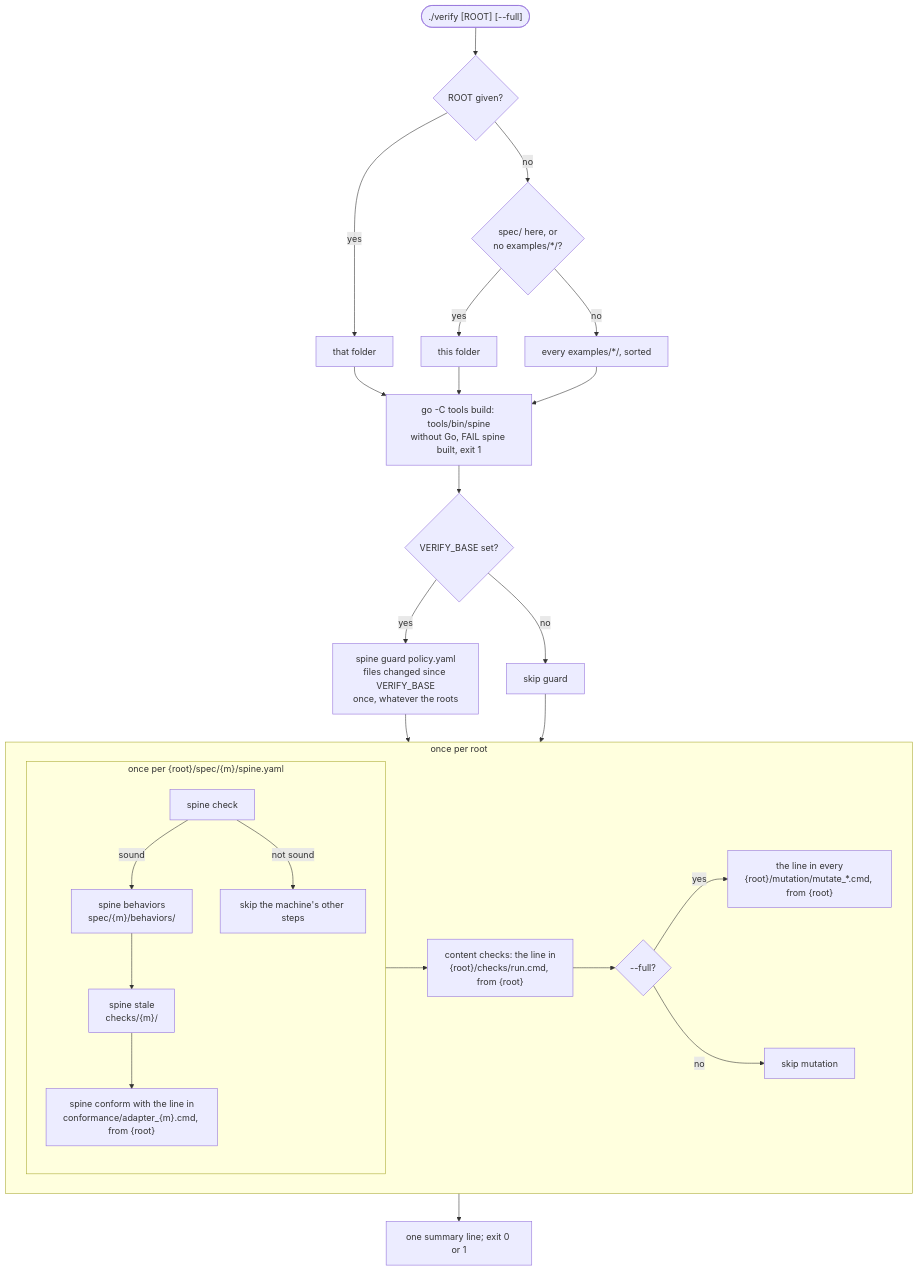
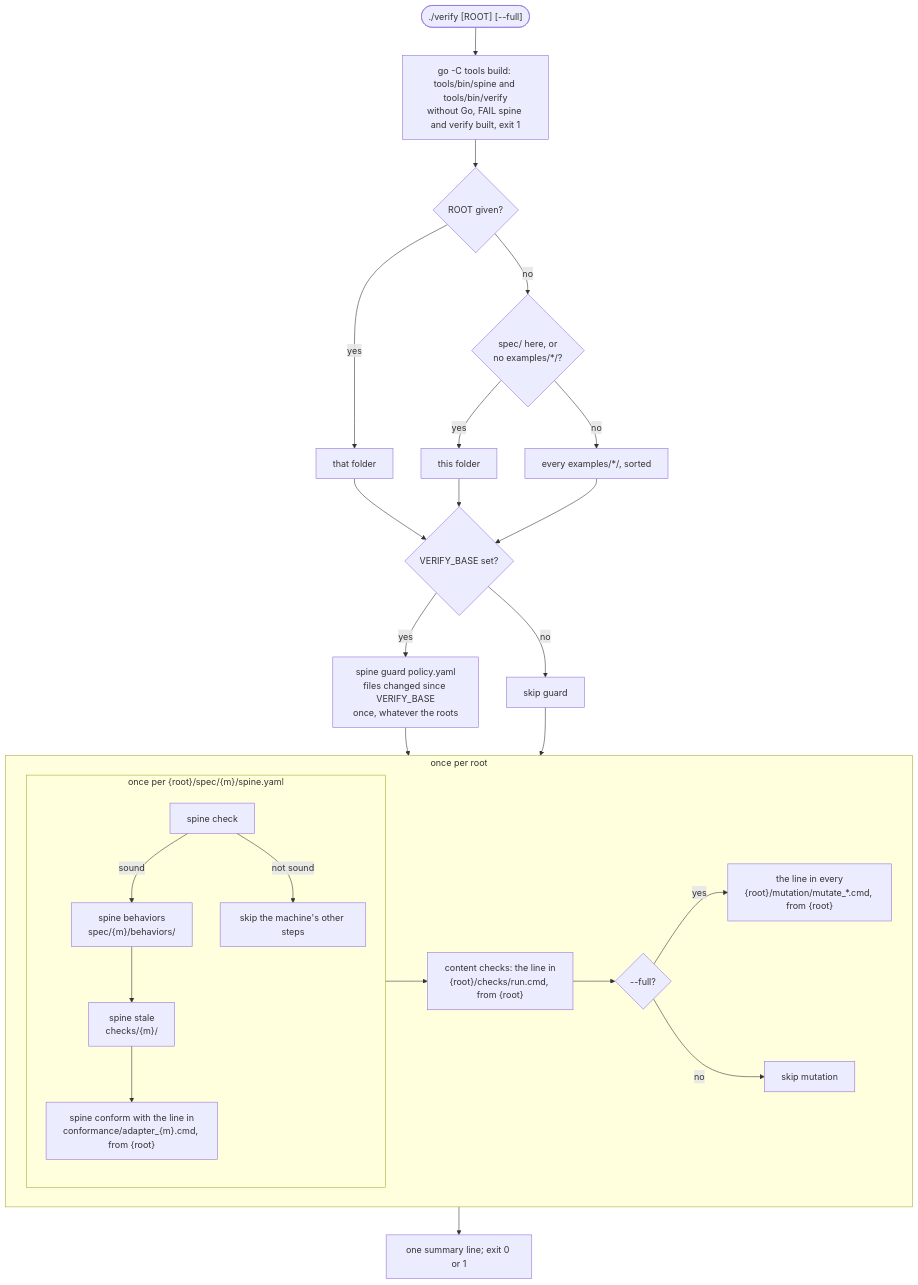
The second of 7 diagrams in docs/architecture.md (23min/verifier-kit), drawn with Mermaid before and after one commit. The commit also changed other lines of this file and 16 other files, not shown here.

````diff
--- a/docs/architecture.md
+++ b/docs/architecture.md
@@ -56,29 +58,29 @@
 ```mermaid
 flowchart TD
-  start(["./verify [ROOT] [--full]"]) --> roots{"ROOT given?"}
-  roots -- yes --> one["that folder"]
+  start(["./verify [ROOT] [--full]"]) --> build
+  build["go -C tools build: tools/bin/spine and tools/bin/verify<br/>without Go, FAIL spine and verify built, exit 1"] --> roots
+  roots{"ROOT given?"} -- yes --> one["that folder"]
   roots -- no --> has{"spec/ here, or<br/>no examples/*/?"}
   has -- yes --> here["this folder"]
   has -- no --> each["every examples/*/, sorted"]
-  one --> build
-  here --> build
-  each --> build
-  build["go -C tools build: tools/bin/spine<br/>without Go, FAIL spine built, exit 1"] --> g
+  one --> g
+  here --> g
+  each --> g
   g{"VERIFY_BASE set?"} -- yes --> guard["spine guard policy.yaml<br/>files changed since VERIFY_BASE<br/>once, whatever the roots"]
   g -- no --> skipg["skip guard"]
   guard --> rootloop
   skipg --> rootloop
   subgraph rootloop["once per root"]
     subgraph loop["once per {root}/spec/{m}/spine.yaml"]
       check["spine check"] -- sound --> beh["spine behaviors<br/>spec/{m}/behaviors/"]
       check -- not sound --> skipm["skip the machine's other steps"]
       beh --> stale["spine stale<br/>checks/{m}/"]
       stale --> conf["spine conform with the line in<br/>conformance/adapter_{m}.cmd, from {root}"]
     end
     loop --> content["content checks: the line in<br/>{root}/checks/run.cmd, from {root}"]
     content --> f{"--full?"}
     f -- yes --> mut["the line in every<br/>{root}/mutation/mutate_*.cmd, from {root}"]
     f -- no --> skipmut["skip mutation"]
   end
   rootloop --> sum["one summary line; exit 0 or 1"]
 ```
````
